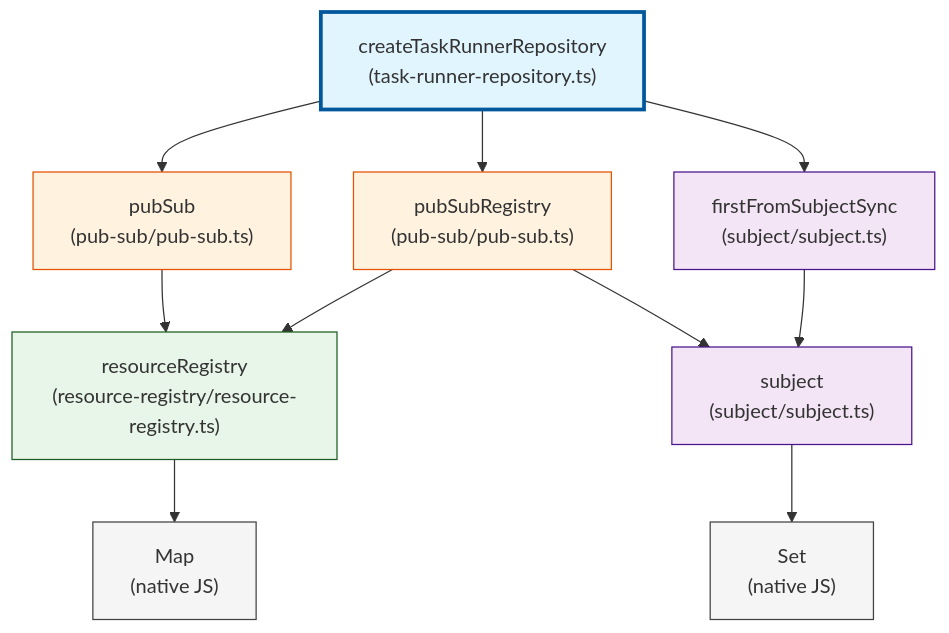
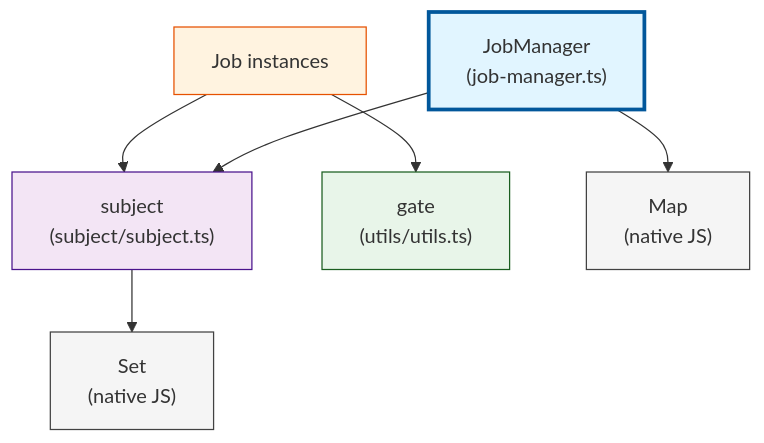
The diagram in src/architecture.md (shovon/logseq-ai), drawn with Mermaid before and after one commit. The commit also changed other lines of this file and 14 other files, not shown here.

First line of the commit message:
♻️ Refactored the job manager

````diff
--- a/src/architecture.md
+++ b/src/architecture.md
@@ -66,26 +166,18 @@
 ```mermaid
 graph TD
-    A["createTaskRunnerRepository<br/>(task-runner-repository.ts)"] --> B["pubSub<br/>(pub-sub/pub-sub.ts)"]
-    A --> C["pubSubRegistry<br/>(pub-sub/pub-sub.ts)"]
-    A --> D["firstFromSubjectSync<br/>(subject/subject.ts)"]
+    A["JobManager<br/>(job-manager.ts)"] --> B["subject<br/>(subject/subject.ts)"]
 
-    B --> E["resourceRegistry<br/>(resource-registry/resource-registry.ts)"]
+    C["Job instances"] --> D["gate<br/>(utils/utils.ts)"]
+    C --> B
 
-    C --> E
-    C --> F["subject<br/>(subject/subject.ts)"]
+    A --> E["Map<br/>(native JS)"]
 
-    D --> F
-
-    E --> G["Map<br/>(native JS)"]
-
-    F --> H["Set<br/>(native JS)"]
+    B --> F["Set<br/>(native JS)"]
 
     style A fill:#e1f5ff,stroke:#01579b,stroke-width:3px
-    style B fill:#fff3e0,stroke:#e65100
+    style B fill:#f3e5f5,stroke:#4a148c
     style C fill:#fff3e0,stroke:#e65100
-    style D fill:#f3e5f5,stroke:#4a148c
-    style E fill:#e8f5e9,stroke:#1b5e20
-    style F fill:#f3e5f5,stroke:#4a148c
-    style G fill:#f5f5f5,stroke:#424242
-    style H fill:#f5f5f5,stroke:#424242
+    style D fill:#e8f5e9,stroke:#1b5e20
+    style E fill:#f5f5f5,stroke:#424242
+    style F fill:#f5f5f5,stroke:#424242
 ```
````
